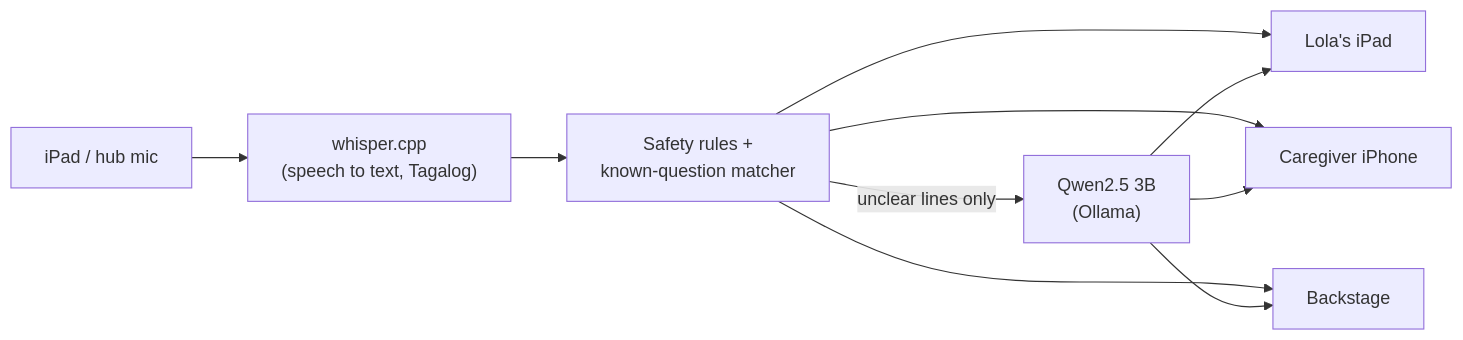
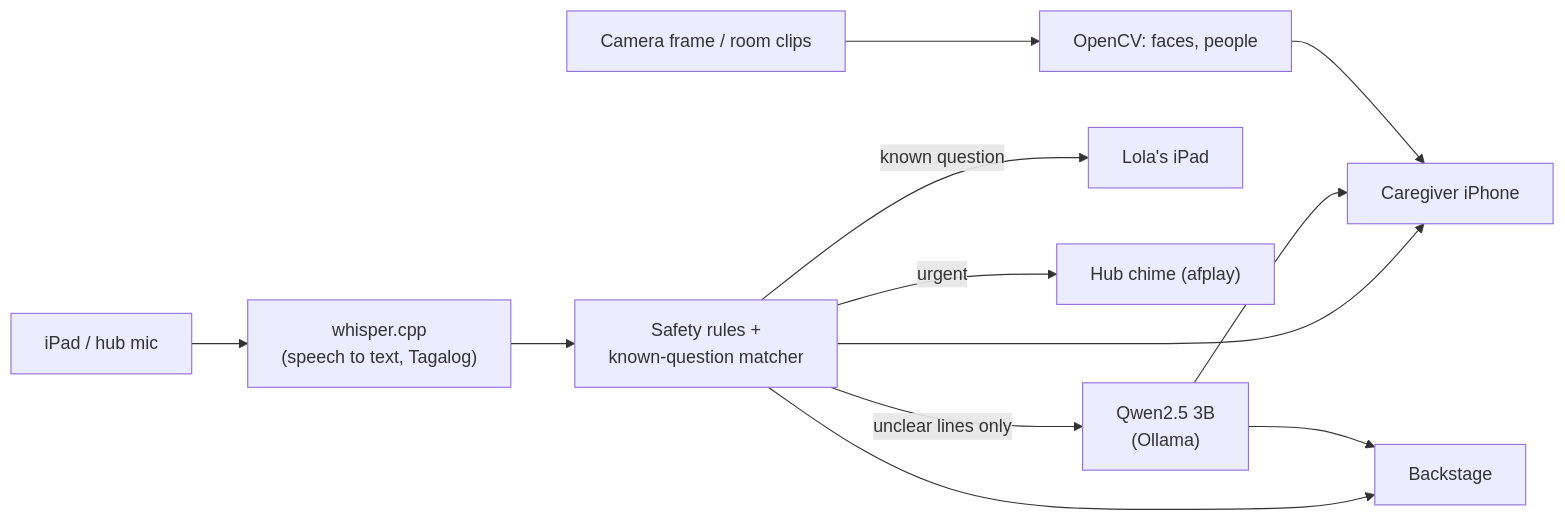
The diagram in README.md (Troy-LL/appsolutely), drawn with Mermaid before and after one commit. The commit also changed other lines of this file and 1 other file, not shown here.

Commit message:
README: sharper copy, accurate diagram and offline claim; model prompt never returns urgent

````diff
--- a/README.md
+++ b/README.md
@@ -44,12 +44,14 @@
 ```mermaid
 flowchart LR
     A["iPad / hub mic"] --> B["whisper.cpp<br/>(speech to text, Tagalog)"]
     B --> C["Safety rules +<br/>known-question matcher"]
     C -->|unclear lines only| D["Qwen2.5 3B<br/>(Ollama)"]
-    C --> E["Lola's iPad"]
-    D --> E
+    C -->|known question| E["Lola's iPad"]
     C --> F["Caregiver iPhone"]
     D --> F
+    C -->|urgent| H["Hub chime (afplay)"]
     C --> G["Backstage"]
     D --> G
+    I["Camera frame / room clips"] --> J["OpenCV: faces, people"]
+    J --> F
 ```
````
